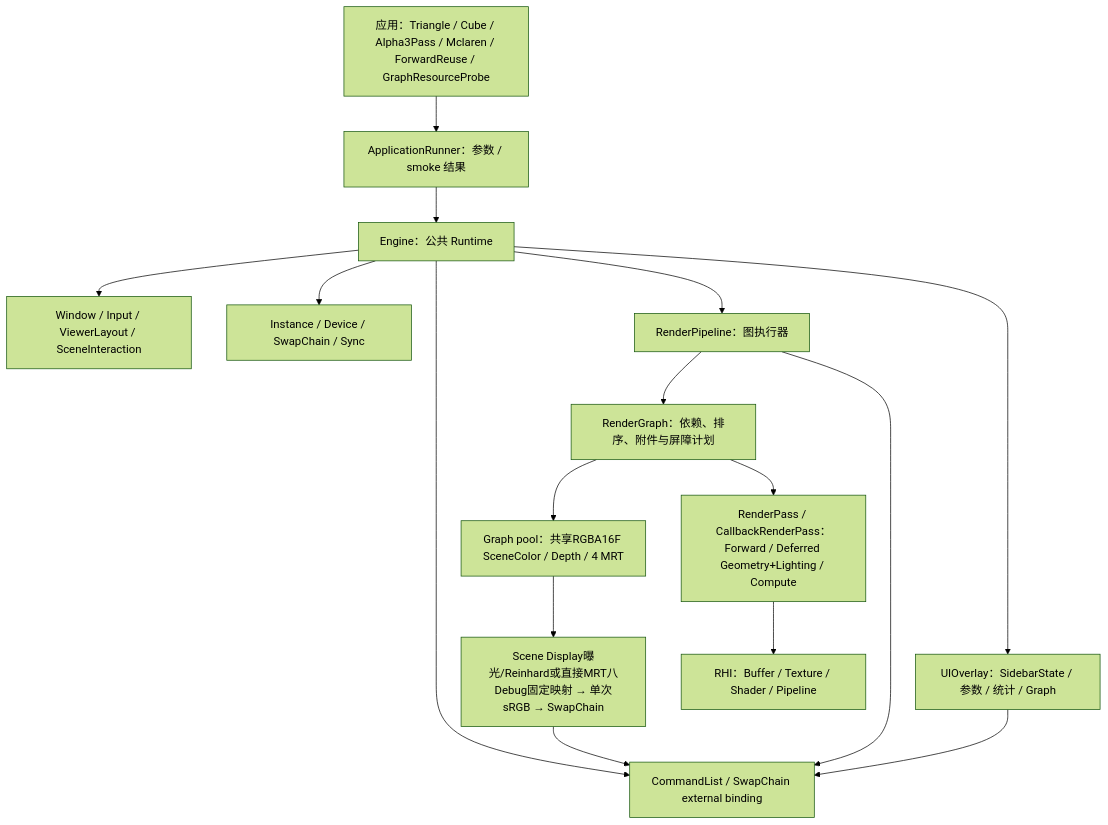
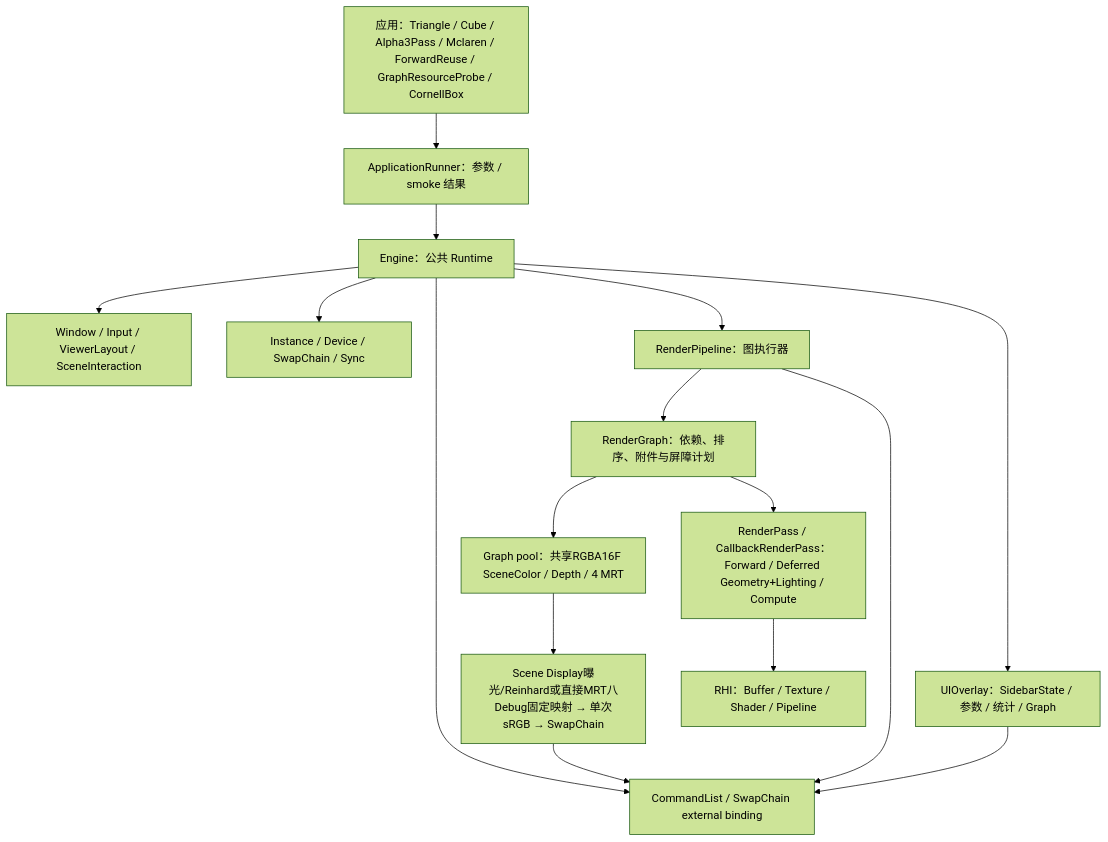
Before and after one commit to Cyberyb/KuEngine: the first of 2 diagrams in docs/structure/current-architecture.md, drawn with Mermaid (forest theme). The commit also changed other lines of this file and 74 other files, not shown here.

````diff
--- a/docs/structure/current-architecture.md
+++ b/docs/structure/current-architecture.md
@@ -13,29 +13,29 @@
 ```mermaid
 flowchart TB
-    App["应用：Triangle / Cube / Alpha3Pass / Mclaren / ForwardReuse / GraphResourceProbe"]
+    App["应用：Triangle / Cube / Alpha3Pass / Mclaren / ForwardReuse / GraphResourceProbe / CornellBox"]
     Runner["ApplicationRunner：参数 / smoke 结果"]
     Runtime["Engine：公共 Runtime"]
     Platform["Window / Input / ViewerLayout / SceneInteraction"]
     Device["Instance / Device / SwapChain / Sync"]
     Frames["CommandList / SwapChain external binding"]
     Pipeline["RenderPipeline：图执行器"]
     Graph["RenderGraph：依赖、排序、附件与屏障计划"]
     Pass["RenderPass / CallbackRenderPass：Forward / Deferred Geometry+Lighting / Compute"]
     Targets["Graph pool：共享RGBA16F SceneColor / Depth / 4 MRT"]
     Display["Scene Display曝光/Reinhard或直接MRT八Debug固定映射 → 单次sRGB → SwapChain"]
     UI["UIOverlay：SidebarState / 参数 / 统计 / Graph"]
     App --> Runner --> Runtime
     Runtime --> Platform
     Runtime --> Device
     Runtime --> Frames
     Runtime --> Pipeline
     Pipeline --> Graph
     Graph --> Pass
     Graph --> Targets
     Targets --> Display
     Display --> Frames
     Runtime --> UI
     Pass --> RHI["RHI：Buffer / Texture / Shader / Pipeline"]
     Pipeline --> Frames
     UI --> Frames
 ```
````
